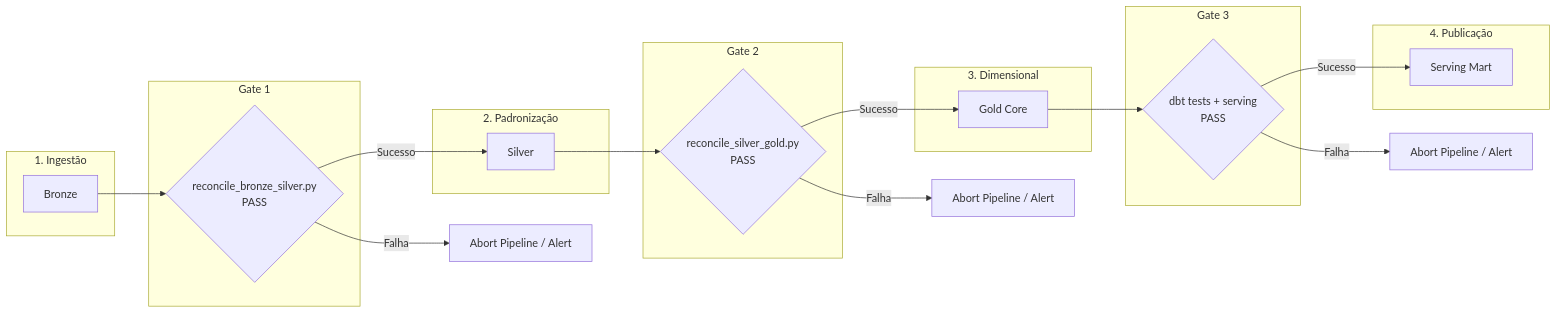
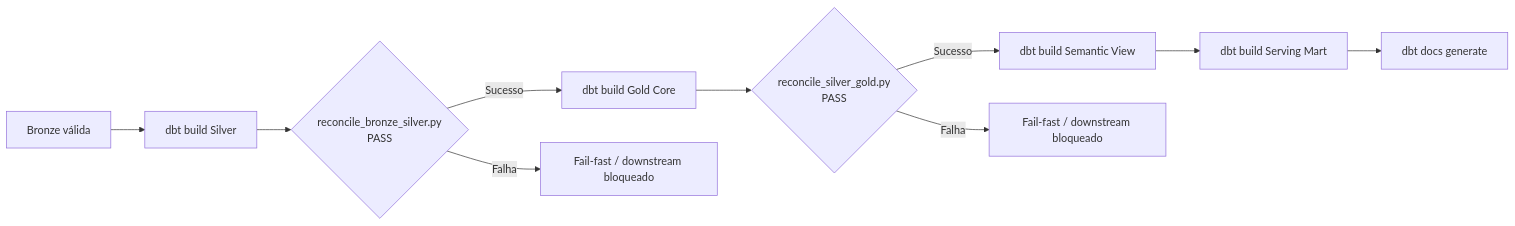
Before and after one commit to RaimundoMRNeto/lakehouse-transferencias-discricionarias-legais: the third of 3 diagrams in docs/governanca/governanca_dados.md, drawn with Mermaid. The commit also changed other lines of this file and 7 other files, not shown here.

````diff
--- a/docs/governanca/governanca_dados.md
+++ b/docs/governanca/governanca_dados.md
@@ -147,34 +147,12 @@
 ```mermaid
 flowchart LR
-    subgraph Ingestao ["1. Ingestão"]
-        B[Bronze]
-    end
-    subgraph Gate1 ["Gate 1"]
-        G1{reconcile_bronze_silver.py\nPASS}
-    end
-    subgraph SilverL ["2. Padronização"]
-        S[Silver]
-    end
-    subgraph Gate2 ["Gate 2"]
-        G2{reconcile_silver_gold.py\nPASS}
-    end
-    subgraph GoldL ["3. Dimensional"]
-        G[Gold Core]
-    end
-    subgraph Gate3 ["Gate 3"]
-        G3{dbt tests + serving\nPASS}
-    end
-    subgraph ServingL ["4. Publicação"]
-        M[Serving Mart]
-    end
-
-    B --> G1
-    G1 -->|Sucesso| S
-    G1 -->|Falha| F1[Abort Pipeline / Alert]
-    S --> G2
-    G2 -->|Sucesso| G
-    G2 -->|Falha| F2[Abort Pipeline / Alert]
-    G --> G3
-    G3 -->|Sucesso| M
-    G3 -->|Falha| F3[Abort Pipeline / Alert]
+    B[Bronze válida] --> S[dbt build Silver]
+    S --> G1{reconcile_bronze_silver.py\nPASS}
+    G1 -->|Sucesso| G[dbt build Gold Core]
+    G1 -->|Falha| F1[Fail-fast / downstream bloqueado]
+    G --> G2{reconcile_silver_gold.py\nPASS}
+    G2 -->|Sucesso| V[dbt build Semantic View]
+    G2 -->|Falha| F2[Fail-fast / downstream bloqueado]
+    V --> M[dbt build Serving Mart]
+    M --> D[dbt docs generate]
 ```
````
